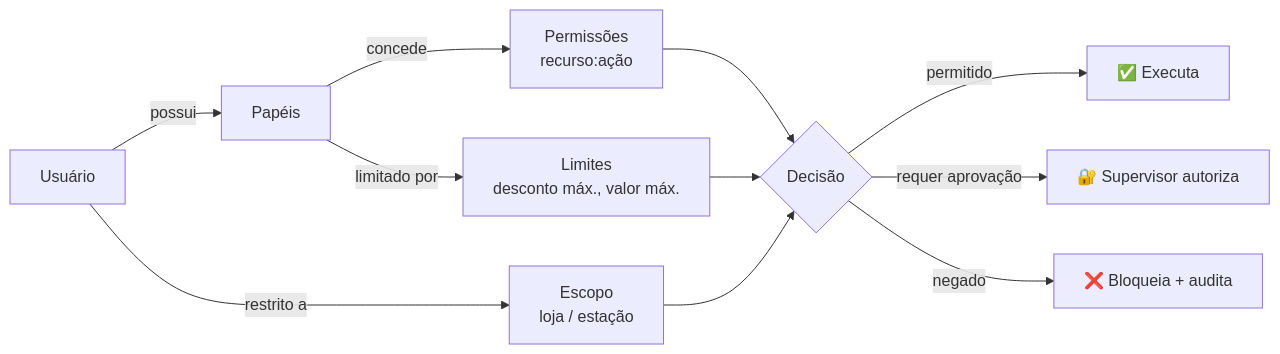
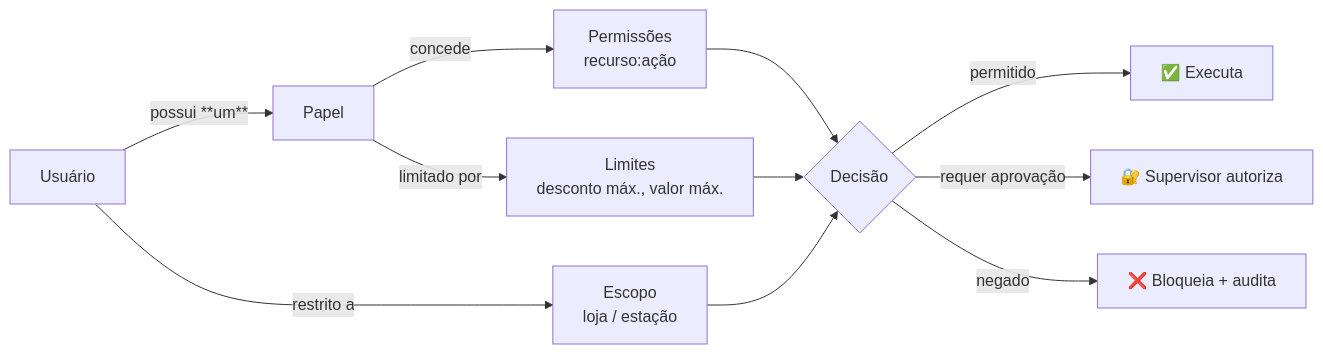
One commit to brilhatex-dotcom/erp-pdv changed the ninth of 17 diagrams in docs/ARQUITETURA.md. Above: the diagram before and after it, drawn with Mermaid. The commit also changed other lines of this file and 19 other files, not shown here.

````diff
--- a/docs/ARQUITETURA.md
+++ b/docs/ARQUITETURA.md
@@ -1082,13 +1082,13 @@
 ```mermaid
 graph LR
-    U[Usuário] -->|possui| P[Papéis]
+    U[Usuário] -->|possui **um**| P[Papel]
     P -->|concede| PERM[Permissões<br/>recurso:ação]
     U -->|restrito a| ESC[Escopo<br/>loja / estação]
     P -->|limitado por| LIM[Limites<br/>desconto máx., valor máx.]
     PERM --> DEC{Decisão}
     ESC --> DEC
     LIM --> DEC
     DEC -->|permitido| OK[✅ Executa]
     DEC -->|requer aprovação| SUP[🔐 Supervisor autoriza]
     DEC -->|negado| NO[❌ Bloqueia + audita]
 ```
````
